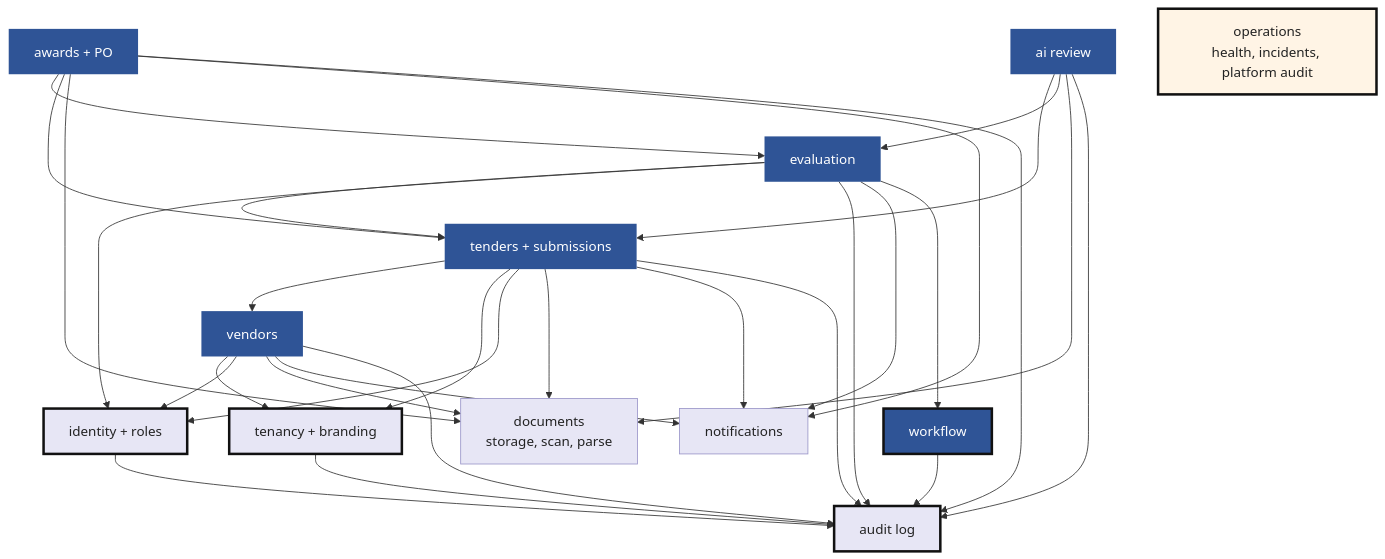
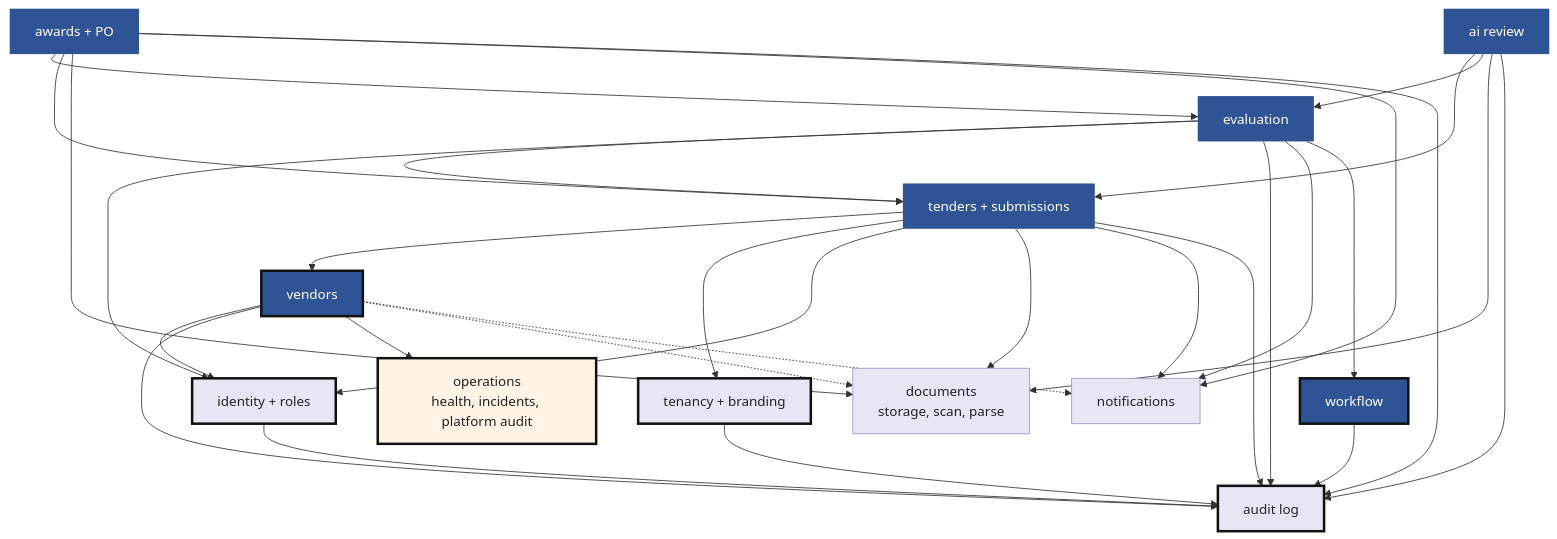
The ninth of 13 diagrams in docs/03-diagrams.md (AhmedAssaf/ERP), drawn with Mermaid before and after one commit. The commit also changed other lines of this file and 2 other files, not shown here.

````diff
--- a/docs/03-diagrams.md
+++ b/docs/03-diagrams.md
@@ -367,32 +374,33 @@
 ```mermaid
 flowchart TB
     classDef core fill:#2F5496,color:#fff,stroke:none
     classDef shared fill:#E7E6F5,color:#222,stroke:#9B96C9
     classDef platform fill:#FFF4E5,color:#222,stroke:#C77700
     classDef built stroke:#111,stroke-width:3px
 
     TEN[tenancy + branding]:::shared
     IDN[identity + roles]:::shared
     DOC[documents<br/>storage, scan, parse]:::shared
     NOT[notifications]:::shared
     AUD[audit log]:::shared
 
     VEN[vendors]:::core
     TDR[tenders + submissions]:::core
     EVA[evaluation]:::core
     AWD[awards + PO]:::core
     AI[ai review]:::core
     WF[workflow]:::core
     OPS[operations<br/>health, incidents, platform audit]:::platform
 
-    VEN --> TEN & IDN & DOC & NOT & AUD
+    VEN --> IDN & AUD & OPS
+    VEN -.-> DOC & NOT
     TDR --> VEN & TEN & IDN & DOC & NOT & AUD
     EVA --> TDR & IDN & AUD & NOT
     EVA --> WF
     AWD --> EVA & TDR & DOC & NOT & AUD
     AI --> TDR & EVA & DOC & AUD
     WF --> AUD
     IDN --> AUD
     TEN --> AUD
-    class TEN,IDN,AUD,WF,OPS built
+    class TEN,IDN,AUD,WF,OPS,VEN built
 ```
````
